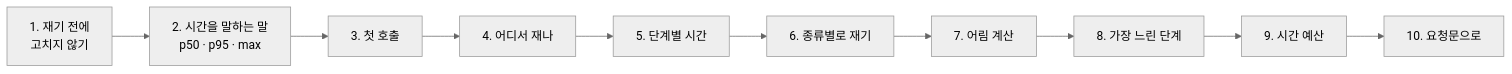
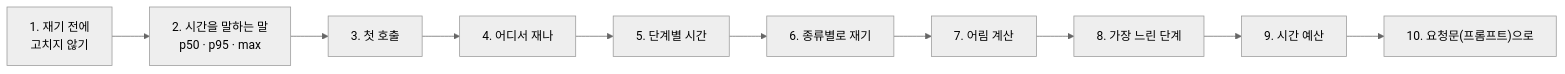
The first of 4 diagrams in Lecture/72/01-STAGE1-MEASURE-BOTTLENECK.md (jbbdyee/ai-engineering-lab), drawn with Mermaid (neutral theme) before and after one commit. The commit also changed other lines of this file and 197 other files, not shown here.

````diff
--- a/Lecture/72/01-STAGE1-MEASURE-BOTTLENECK.md
+++ b/Lecture/72/01-STAGE1-MEASURE-BOTTLENECK.md
@@ -8,5 +8,5 @@
 ```mermaid
 flowchart LR
   A["1. 재기 전에<br/>고치지 않기"] --> B["2. 시간을 말하는 말<br/>p50 · p95 · max"] --> C["3. 첫 호출"] --> D["4. 어디서 재나"] --> E["5. 단계별 시간"]
-  E --> F["6. 종류별로 재기"] --> G["7. 어림 계산"] --> H["8. 가장 느린 단계"] --> I["9. 시간 예산"] --> J["10. 요청문으로"]
+  E --> F["6. 종류별로 재기"] --> G["7. 어림 계산"] --> H["8. 가장 느린 단계"] --> I["9. 시간 예산"] --> J["10. 요청문(프롬프트)으로"]
 ```
````
